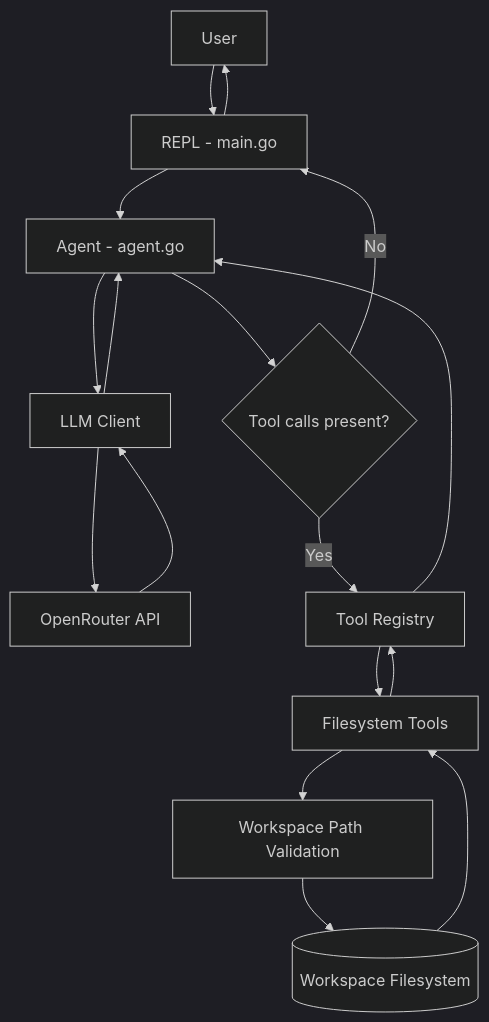
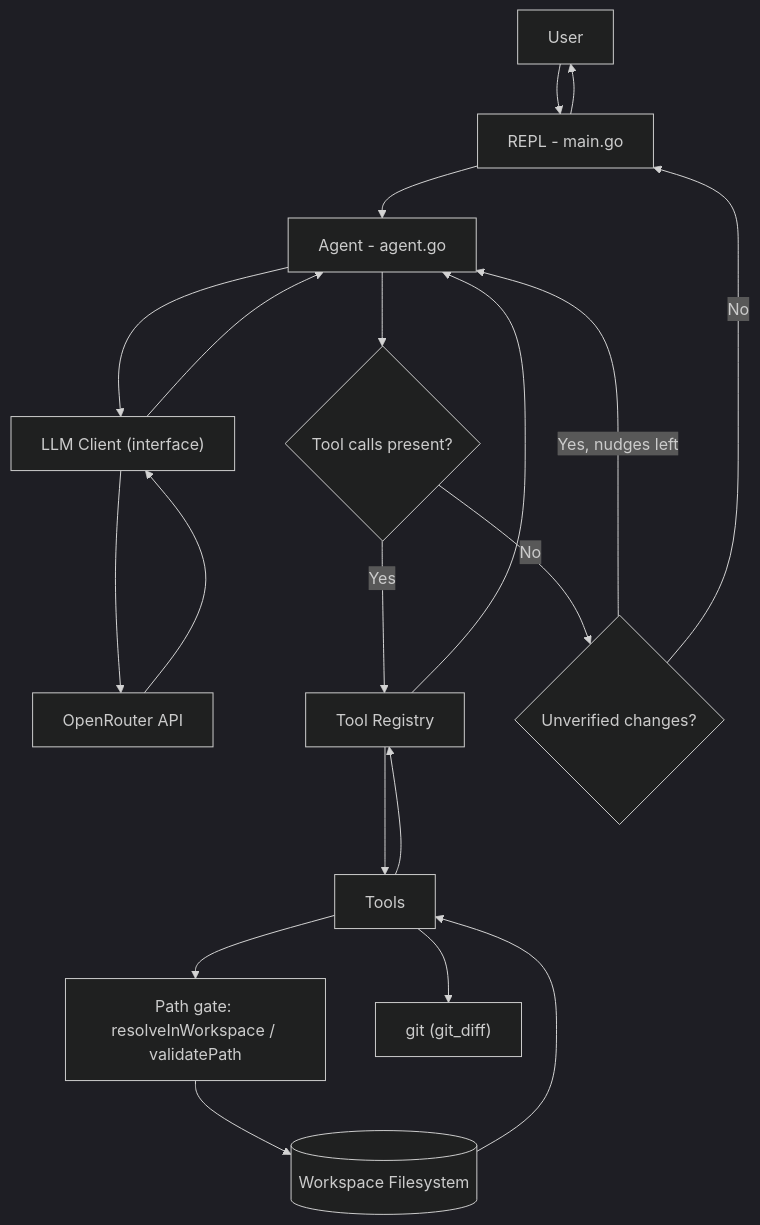
One commit to Aneeshie/code changed the first of 2 diagrams in docs/architecture.md. Above: the diagram before and after it, drawn with Mermaid (dark theme). The commit also changed other lines of this file and 3 other files, not shown here.

First line of the commit message:
docs: document tools, architecture decisions and change history

````diff
--- a/docs/architecture.md
+++ b/docs/architecture.md
@@ -175,19 +199,22 @@
 ```mermaid
 flowchart TD
     U["User"] --> R["REPL - main.go"]
     R --> A["Agent - agent.go"]
-    A --> C["LLM Client"]
+    A --> C["LLM Client (interface)"]
     C --> O["OpenRouter API"]
     O --> C
     C --> A
     A --> D{"Tool calls present?"}
     D -->|Yes| T["Tool Registry"]
-    T --> F["Filesystem Tools"]
-    F --> P["Workspace Path Validation"]
+    T --> F["Tools"]
+    F --> P["Path gate: resolveInWorkspace / validatePath"]
     P --> FS[("Workspace Filesystem")]
+    F --> G["git (git_diff)"]
     FS --> F
     F --> T
     T --> A
-    D -->|No| R
+    D -->|No| V{"Unverified changes?"}
+    V -->|Yes, nudges left| A
+    V -->|No| R
     R --> U
 ```
````
